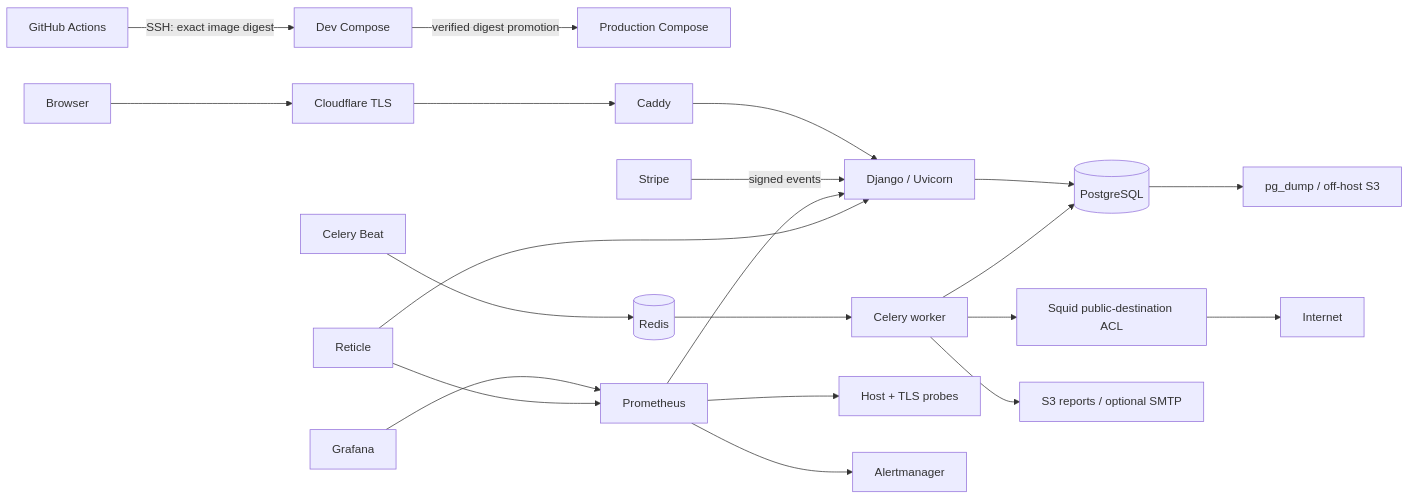
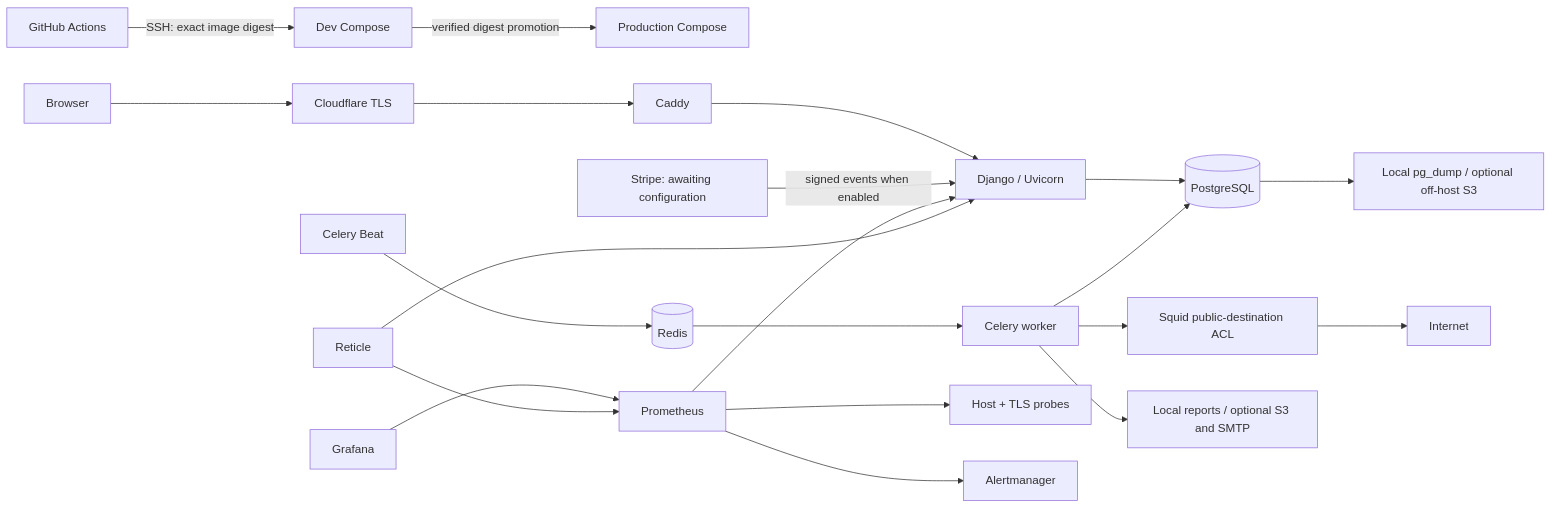
The diagram in README.md (mannders00/uptimekit), drawn with Mermaid before and after one commit. The commit also changed other lines of this file and 6 other files, not shown here.

````diff
--- a/README.md
+++ b/README.md
@@ -13,19 +13,19 @@
 ```mermaid
 flowchart LR
   GH[GitHub Actions] -->|SSH: exact image digest| Dev[Dev Compose]
   Dev -->|verified digest promotion| Prod[Production Compose]
   Browser --> CF[Cloudflare TLS] --> Caddy --> Web[Django / Uvicorn]
   Web --> DB[(PostgreSQL)]
-  Stripe -->|signed events| Web
+  Stripe[Stripe: awaiting configuration] -->|signed events when enabled| Web
   Beat[Celery Beat] --> Redis[(Redis)] --> Worker[Celery worker]
   Worker --> DB
   Worker --> Proxy[Squid public-destination ACL] --> Internet
-  Worker --> Storage[S3 reports / optional SMTP]
-  DB --> Backup[pg_dump / off-host S3]
+  Worker --> Storage[Local reports / optional S3 and SMTP]
+  DB --> Backup[Local pg_dump / optional off-host S3]
   Prometheus --> Web
   Prometheus --> Exporters[Host + TLS probes]
   Prometheus --> Alertmanager
   Grafana --> Prometheus
   Reticle --> Prometheus
   Reticle --> Web
 ```
````
